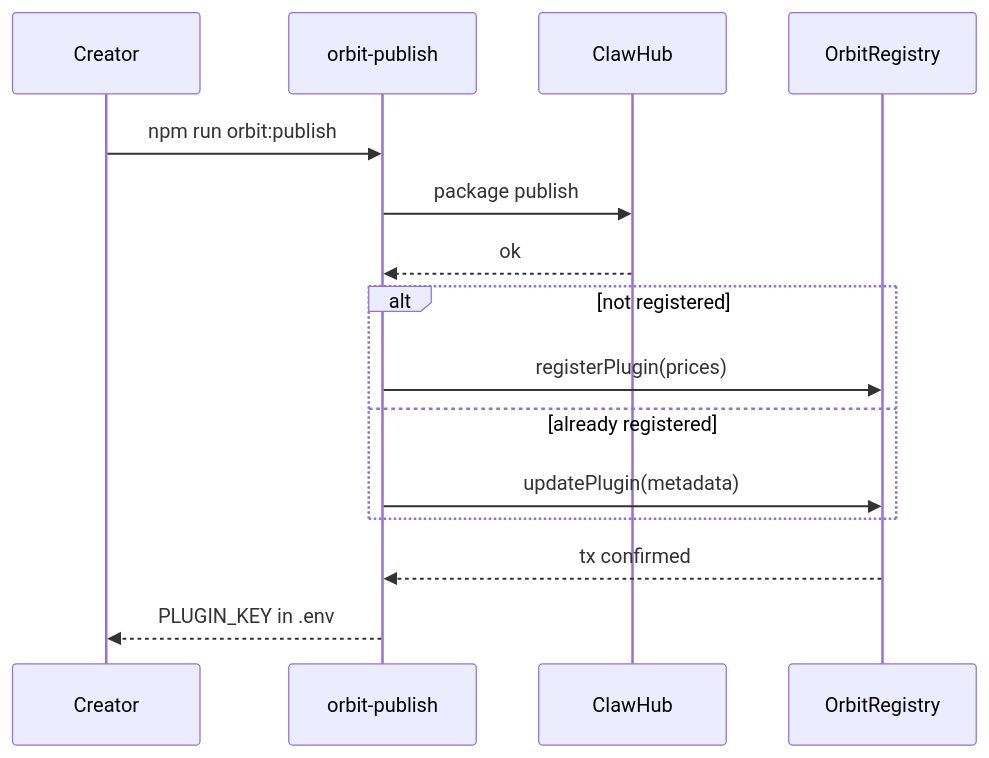
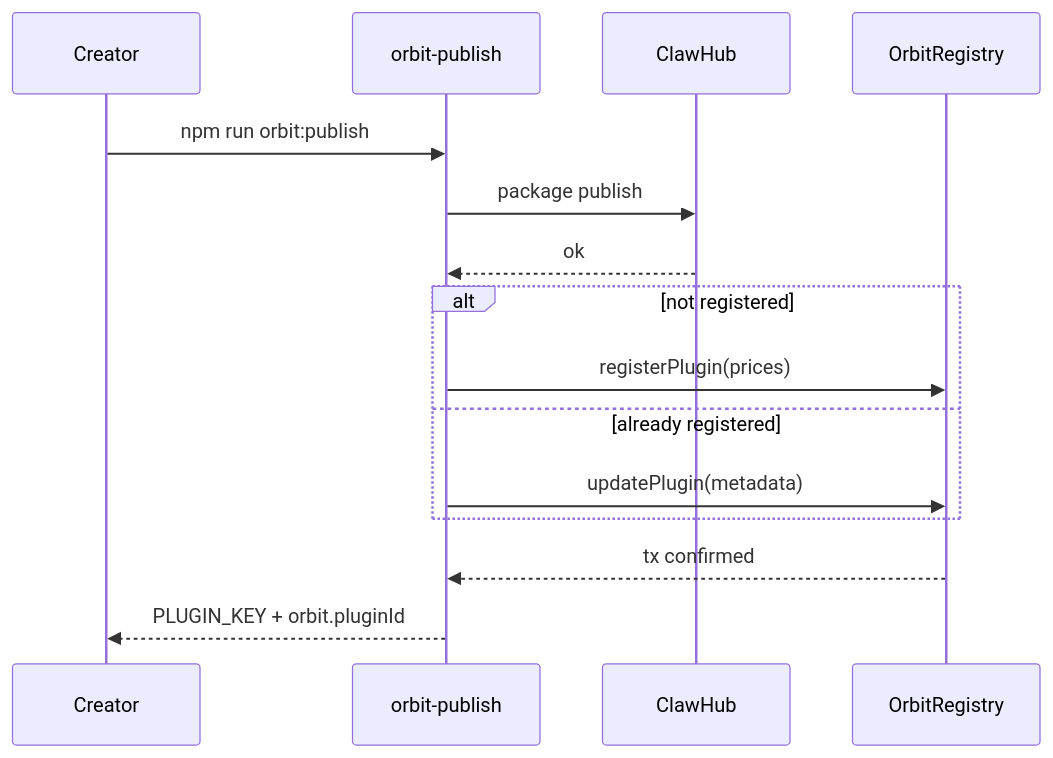
Before and after one commit to hunters-code/orbit-sdk: the first of 2 diagrams in README.md, drawn with Mermaid. The commit also changed other lines of this file and 10 other files, not shown here.

````diff
--- a/README.md
+++ b/README.md
@@ -323,18 +368,18 @@
 ```mermaid
 sequenceDiagram
   participant Creator
   participant CLI as orbit-publish
   participant ClawHub
   participant Registry as OrbitRegistry
 
   Creator->>CLI: npm run orbit:publish
   CLI->>ClawHub: package publish
   ClawHub-->>CLI: ok
   alt not registered
     CLI->>Registry: registerPlugin(prices)
   else already registered
     CLI->>Registry: updatePlugin(metadata)
   end
   Registry-->>CLI: tx confirmed
-  CLI-->>Creator: PLUGIN_KEY in .env
+  CLI-->>Creator: PLUGIN_KEY + orbit.pluginId
 ```
````
